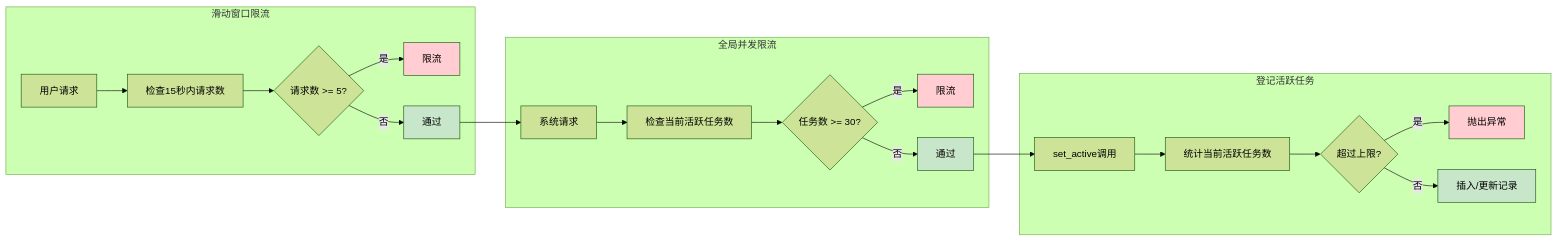
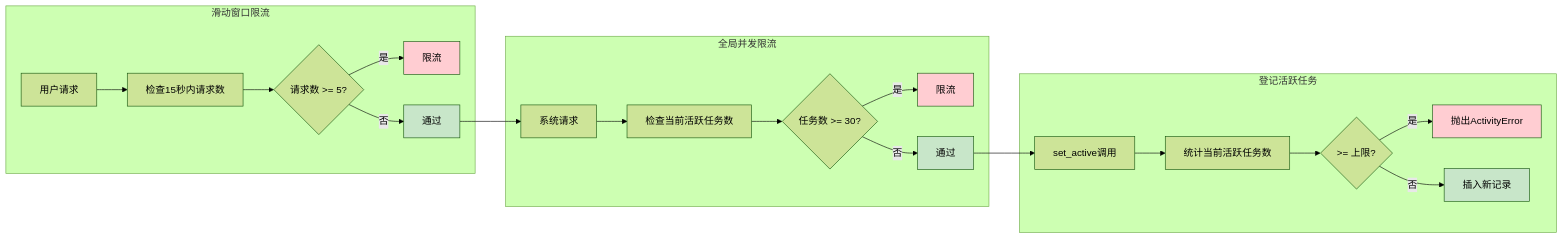
The fourth of 5 diagrams in design/services/activity.md (openeuler-mirror/euler-copilot-framework), drawn with Mermaid (forest theme) before and after one commit. The commit also changed other lines of this file and 3 other files, not shown here.

````diff
--- a/design/services/activity.md
+++ b/design/services/activity.md
@@ -180,33 +197,33 @@
 ```mermaid
 flowchart LR
     subgraph "滑动窗口限流"
         A[用户请求] --> B[检查15秒内请求数]
         B --> C{请求数 >= 5?}
         C -->|是| D[限流]
         C -->|否| E[通过]
     end
     
     subgraph "全局并发限流"
         F[系统请求] --> G[检查当前活跃任务数]
         G --> H{任务数 >= 30?}
         H -->|是| I[限流]
         H -->|否| J[通过]
     end
     
     subgraph "登记活跃任务"
         K[set_active调用] --> L[统计当前活跃任务数]
-        L --> M{超过上限?}
-        M -->|是| O[抛出异常]
-        M -->|否| N[插入/更新记录]
+        L --> M{>= 上限?}
+        M -->|是| O[抛出ActivityError]
+        M -->|否| N[插入新记录]
     end
     
     E --> F
     J --> K
     
     style D fill:#ffcdd2
     style I fill:#ffcdd2
     style O fill:#ffcdd2
     style E fill:#c8e6c9
     style J fill:#c8e6c9
     style N fill:#c8e6c9
 ```
````
